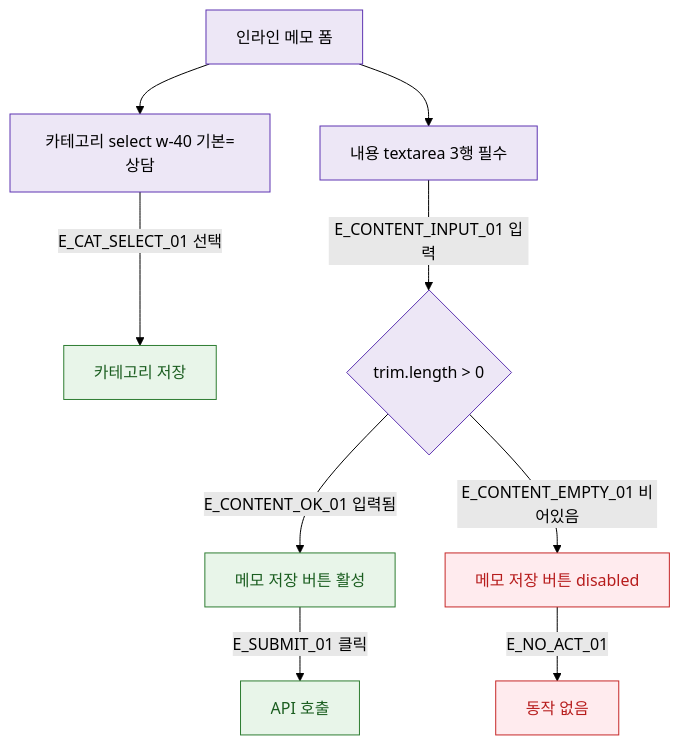
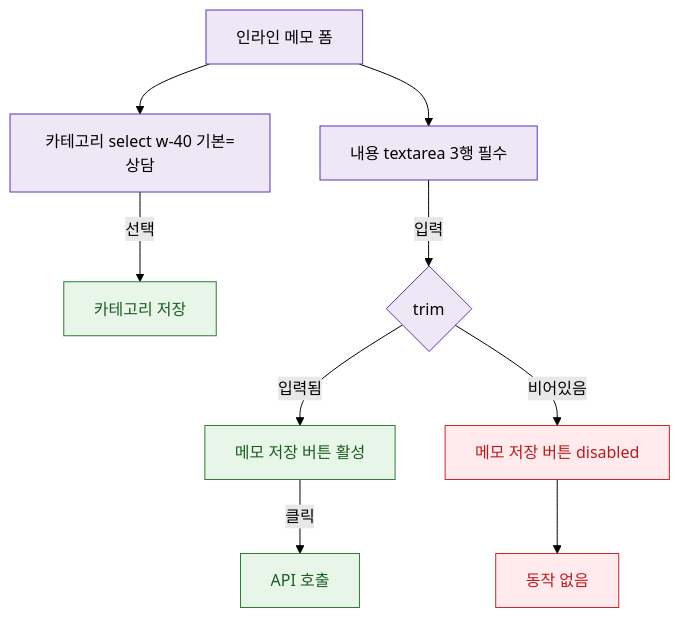
The diagram in docs/다이어그램/D02_회원관리/DLG/DLG-M009_메모추가/M2_필드검증.md (dev-spogym/admin-pando), drawn with Mermaid (forest theme) before and after one commit. The commit also changed other lines of this file and 1660 other files, not shown here.

First line of the commit message:
다이어그램: 기획자/클라이언트 납품본으로 정리

````diff
--- a/docs/다이어그램/D02_회원관리/DLG/DLG-M009_메모추가/M2_필드검증.md
+++ b/docs/다이어그램/D02_회원관리/DLG/DLG-M009_메모추가/M2_필드검증.md
@@ -22,24 +20,24 @@
 ```mermaid
 flowchart TD
   FORM[인라인 메모 폼]
 
   FORM --> FLD_CAT[카테고리 select w-40 기본=상담]
   FORM --> FLD_CONTENT[내용 textarea 3행 필수]
 
-  FLD_CAT     -->|E_CAT_SELECT_01 선택| CAT_OK[카테고리 저장]
-  FLD_CONTENT -->|E_CONTENT_INPUT_01 입력| CHECK_CONTENT{trim.length > 0}
+  FLD_CAT -->|선택|CAT_OK[카테고리 저장]
+  FLD_CONTENT -->|입력|CHECK_CONTENT{trim}
 
-  CHECK_CONTENT -->|E_CONTENT_OK_01 입력됨| BTN_ACTIVE[메모 저장 버튼 활성]
-  CHECK_CONTENT -->|E_CONTENT_EMPTY_01 비어있음| BTN_DISABLED[메모 저장 버튼 disabled]
+  CHECK_CONTENT -->|입력됨|BTN_ACTIVE[메모 저장 버튼 활성]
+  CHECK_CONTENT -->|비어있음|BTN_DISABLED[메모 저장 버튼 disabled]
 
-  BTN_ACTIVE   -->|E_SUBMIT_01 클릭| SUBMIT[API 호출]
-  BTN_DISABLED -->|E_NO_ACT_01| NO_ACTION[동작 없음]
+  BTN_ACTIVE -->|클릭|SUBMIT[API 호출]
+  BTN_DISABLED --> NO_ACTION[동작 없음]
 
-  classDef system  fill:#EDE7F6,stroke:#5E35B2
+  classDef system fill:#EDE7F6,stroke:#5E35B2
   classDef success fill:#E8F5E9,stroke:#2E7D32,color:#1B5E20
-  classDef error   fill:#FFEBEE,stroke:#C62828,color:#B71C1C
+  classDef error fill:#FFEBEE,stroke:#C62828,color:#B71C1C
 
   class FORM,FLD_CAT,FLD_CONTENT,CHECK_CONTENT system
   class CAT_OK,BTN_ACTIVE,SUBMIT success
   class BTN_DISABLED,NO_ACTION error
 ```
````
